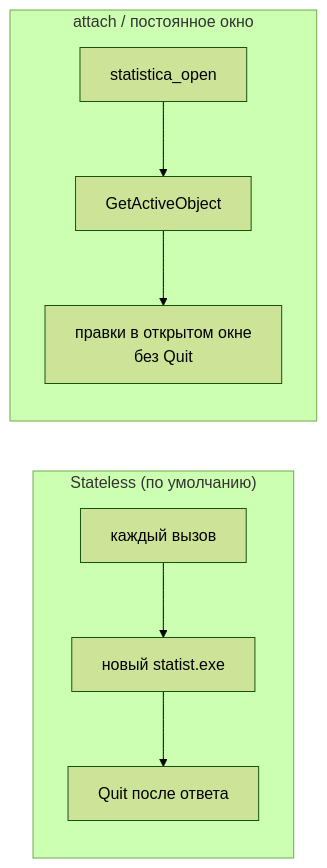
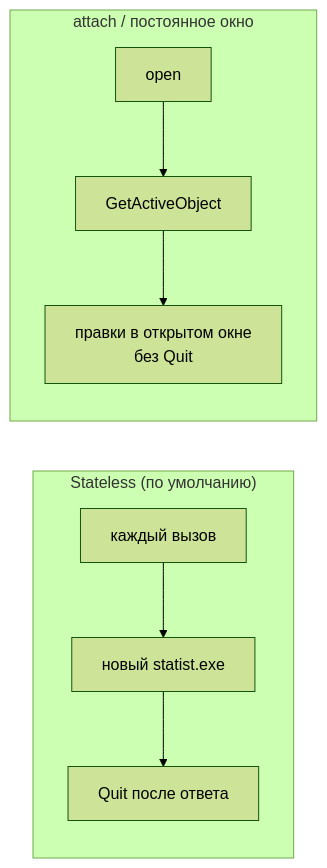
Before and after one commit to GoooooPooooo/statistica-mcp: the third of 4 diagrams in ARCHITECTURE.md, drawn with Mermaid (forest theme). The commit also changed other lines of this file and 10 other files, not shown here.

````diff
--- a/ARCHITECTURE.md
+++ b/ARCHITECTURE.md
@@ -97,9 +97,9 @@
 ```mermaid
 graph LR
   subgraph Stateless["Stateless (по умолчанию)"]
     X1["каждый вызов"] --> X2["новый statist.exe"] --> X3["Quit после ответа"]
   end
   subgraph Attach["attach / постоянное окно"]
-    Y1["statistica_open"] --> Y2["GetActiveObject"] --> Y3["правки в открытом окне<br/>без Quit"]
+    Y1["open"] --> Y2["GetActiveObject"] --> Y3["правки в открытом окне<br/>без Quit"]
   end
 ```
````
